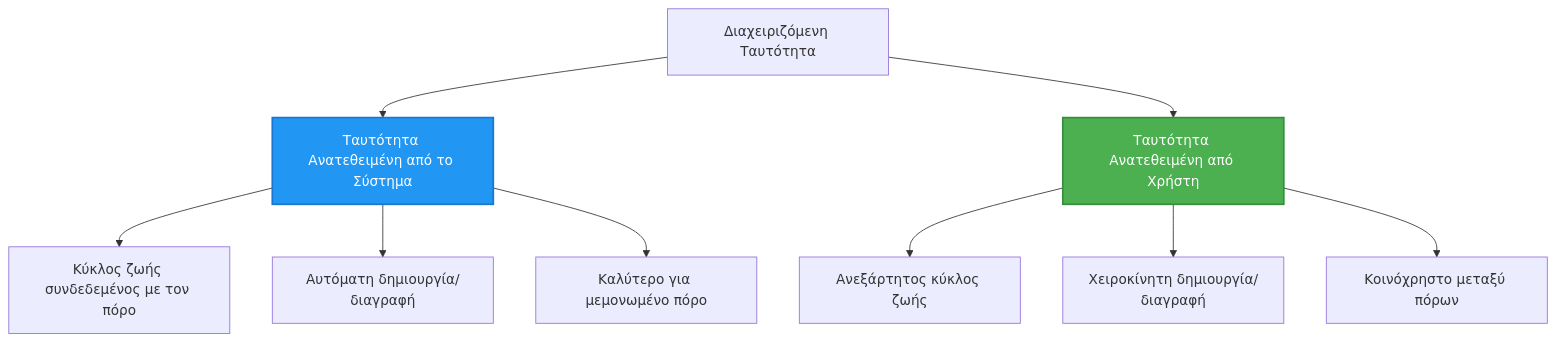
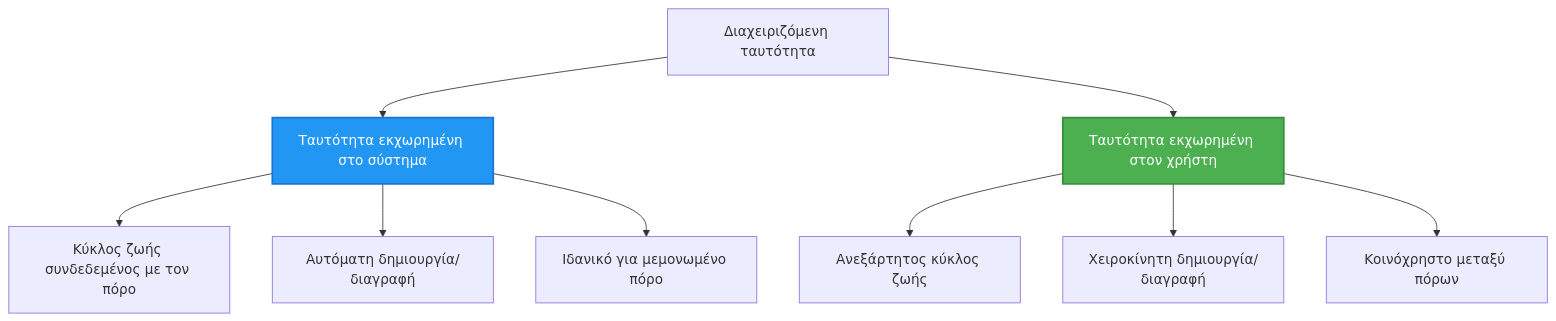
The second of 2 diagrams in translations/el/docs/chapter-03-configuration/authsecurity.md (microsoft/AZD-for-beginners), drawn with Mermaid before and after one commit. The commit also changed other lines of this file and 104 other files, not shown here.

````diff
--- a/translations/el/docs/chapter-03-configuration/authsecurity.md
+++ b/translations/el/docs/chapter-03-configuration/authsecurity.md
@@ -97,20 +98,20 @@
 ```mermaid
 graph TB
-    MI[Διαχειριζόμενη Ταυτότητα]
-    SystemAssigned[Ταυτότητα Ανατεθειμένη από το Σύστημα]
-    UserAssigned[Ταυτότητα Ανατεθειμένη από Χρήστη]
+    MI[Διαχειριζόμενη ταυτότητα]
+    SystemAssigned[Ταυτότητα εκχωρημένη στο σύστημα]
+    UserAssigned[Ταυτότητα εκχωρημένη στον χρήστη]
     
     MI --> SystemAssigned
     MI --> UserAssigned
     
     SystemAssigned --> SA1[Κύκλος ζωής συνδεδεμένος με τον πόρο]
     SystemAssigned --> SA2[Αυτόματη δημιουργία/διαγραφή]
-    SystemAssigned --> SA3[Καλύτερο για μεμονωμένο πόρο]
+    SystemAssigned --> SA3[Ιδανικό για μεμονωμένο πόρο]
     
     UserAssigned --> UA1[Ανεξάρτητος κύκλος ζωής]
     UserAssigned --> UA2[Χειροκίνητη δημιουργία/διαγραφή]
     UserAssigned --> UA3[Κοινόχρηστο μεταξύ πόρων]
     
     style SystemAssigned fill:#2196F3,stroke:#1976D2,stroke-width:2px,color:#fff
     style UserAssigned fill:#4CAF50,stroke:#388E3C,stroke-width:2px,color:#fff
 ```
````
